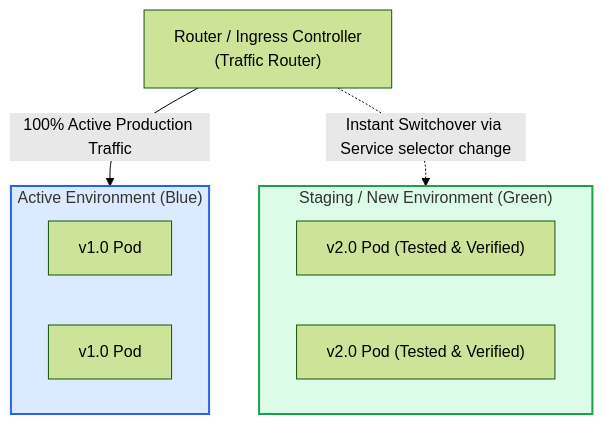
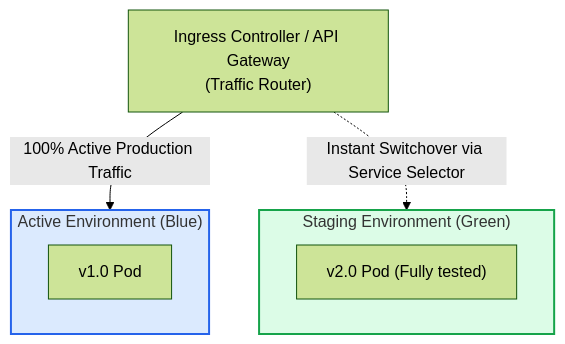
One commit to PandeyKishan/Study-Notes changed the second of 3 diagrams in 04-CICD-Pipelines/04-Deployment-Strategies.md. Above: the diagram before and after it, drawn with Mermaid (forest theme). The commit also changed other lines of this file and 38 other files, not shown here.

````diff
--- a/04-CICD-Pipelines/04-Deployment-Strategies.md
+++ b/04-CICD-Pipelines/04-Deployment-Strategies.md
@@ -50,20 +48,18 @@
 ```mermaid
 flowchart TD
-    Router["Router / Ingress Controller\n(Traffic Router)"]
+    Router["Ingress Controller / API Gateway\n(Traffic Router)"]
     
     subgraph Blue_Environment["Active Environment (Blue)"]
         B1["v1.0 Pod"]
-        B2["v1.0 Pod"]
     end
 
-    subgraph Green_Environment["Staging / New Environment (Green)"]
-        G1["v2.0 Pod (Tested & Verified)"]
-        G2["v2.0 Pod (Tested & Verified)"]
+    subgraph Green_Environment["Staging Environment (Green)"]
+        G1["v2.0 Pod (Fully tested)"]
     end
 
     Router -->|100% Active Production Traffic| Blue_Environment
-    Router -.->|Instant Switchover via Service selector change| Green_Environment
+    Router -.->|Instant Switchover via Service Selector| Green_Environment
 
     style Blue_Environment fill:#dbeafe,stroke:#2563eb,stroke-width:2px
     style Green_Environment fill:#dcfce7,stroke:#16a34a,stroke-width:2px
 ```
````
